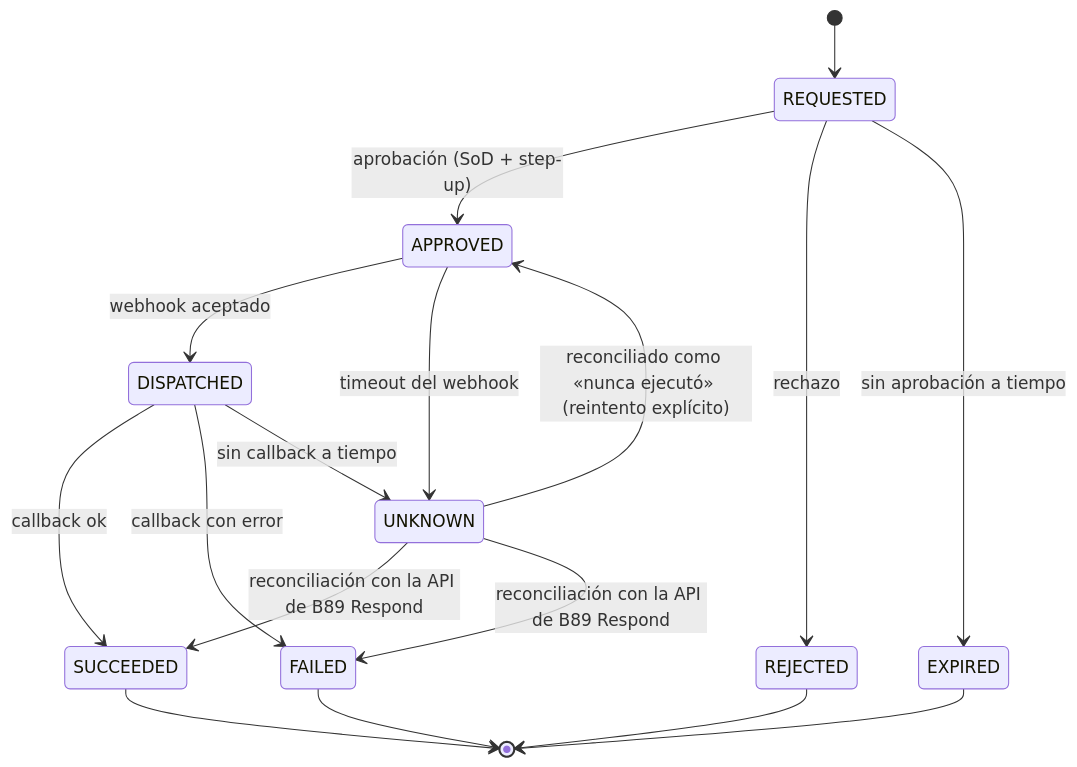
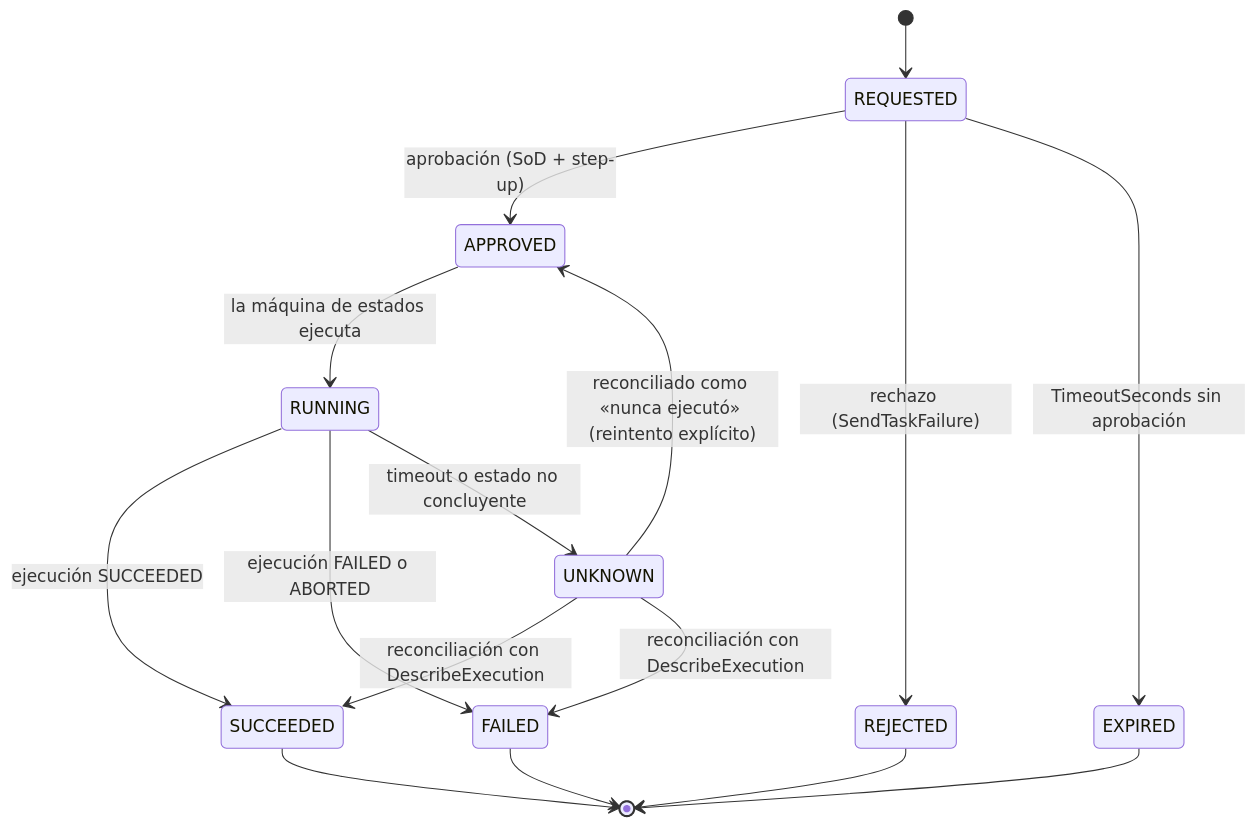
One commit to CyberStill-GmbH/b89-secops changed the fourth of 4 diagrams in docs/14-b89-respond-conexion-b89.md. Above: the diagram before and after it, drawn with Mermaid. The commit also changed other lines of this file and 45 other files, not shown here.

````diff
--- a/docs/14-b89-respond-conexion-b89.md
+++ b/docs/14-b89-respond-conexion-b89.md
@@ -125,19 +89,18 @@
 ```mermaid
 stateDiagram-v2
   [*] --> REQUESTED
   REQUESTED --> APPROVED: aprobación (SoD + step-up)
-  REQUESTED --> REJECTED: rechazo
-  REQUESTED --> EXPIRED: sin aprobación a tiempo
-  APPROVED --> DISPATCHED: webhook aceptado
-  APPROVED --> UNKNOWN: timeout del webhook
-  DISPATCHED --> SUCCEEDED: callback ok
-  DISPATCHED --> FAILED: callback con error
-  DISPATCHED --> UNKNOWN: sin callback a tiempo
-  UNKNOWN --> SUCCEEDED: reconciliación con la API de B89 Respond
-  UNKNOWN --> FAILED: reconciliación con la API de B89 Respond
+  REQUESTED --> REJECTED: rechazo (SendTaskFailure)
+  REQUESTED --> EXPIRED: TimeoutSeconds sin aprobación
+  APPROVED --> RUNNING: la máquina de estados ejecuta
+  RUNNING --> SUCCEEDED: ejecución SUCCEEDED
+  RUNNING --> FAILED: ejecución FAILED o ABORTED
+  RUNNING --> UNKNOWN: timeout o estado no concluyente
+  UNKNOWN --> SUCCEEDED: reconciliación con DescribeExecution
+  UNKNOWN --> FAILED: reconciliación con DescribeExecution
   UNKNOWN --> APPROVED: reconciliado como «nunca ejecutó» (reintento explícito)
   SUCCEEDED --> [*]
   FAILED --> [*]
   REJECTED --> [*]
   EXPIRED --> [*]
 ```
````
